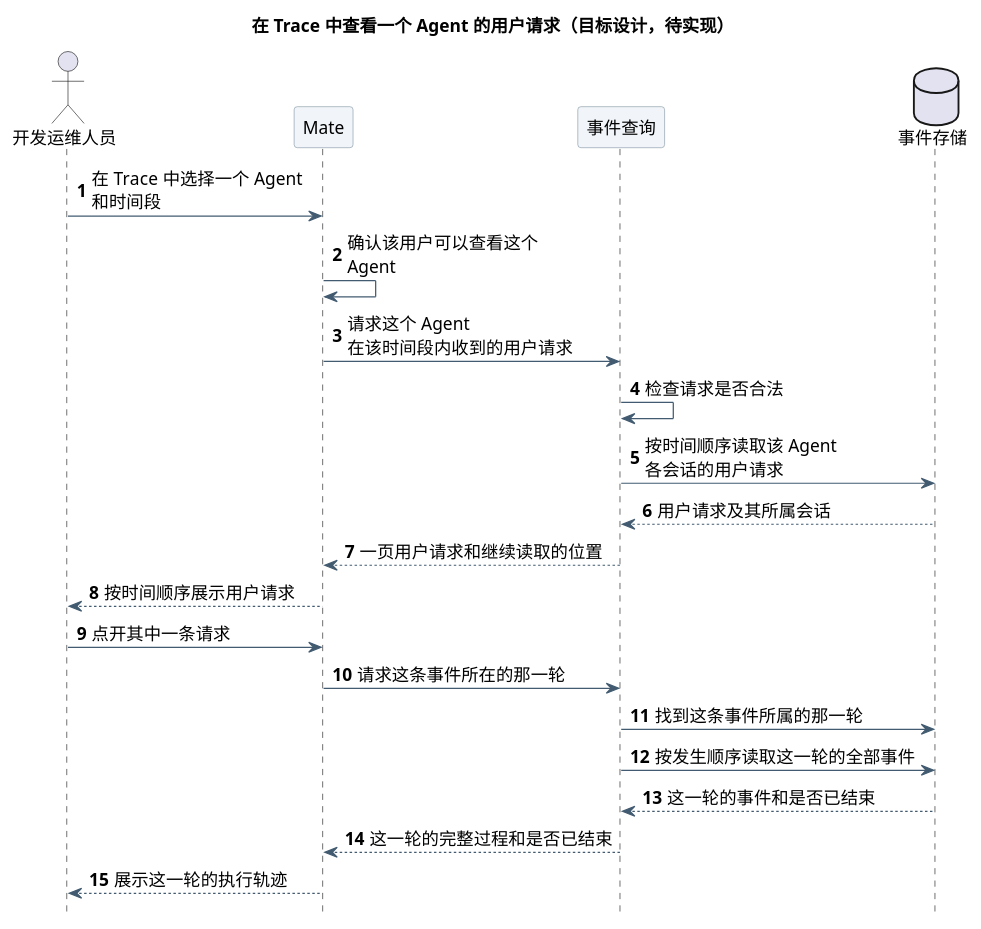
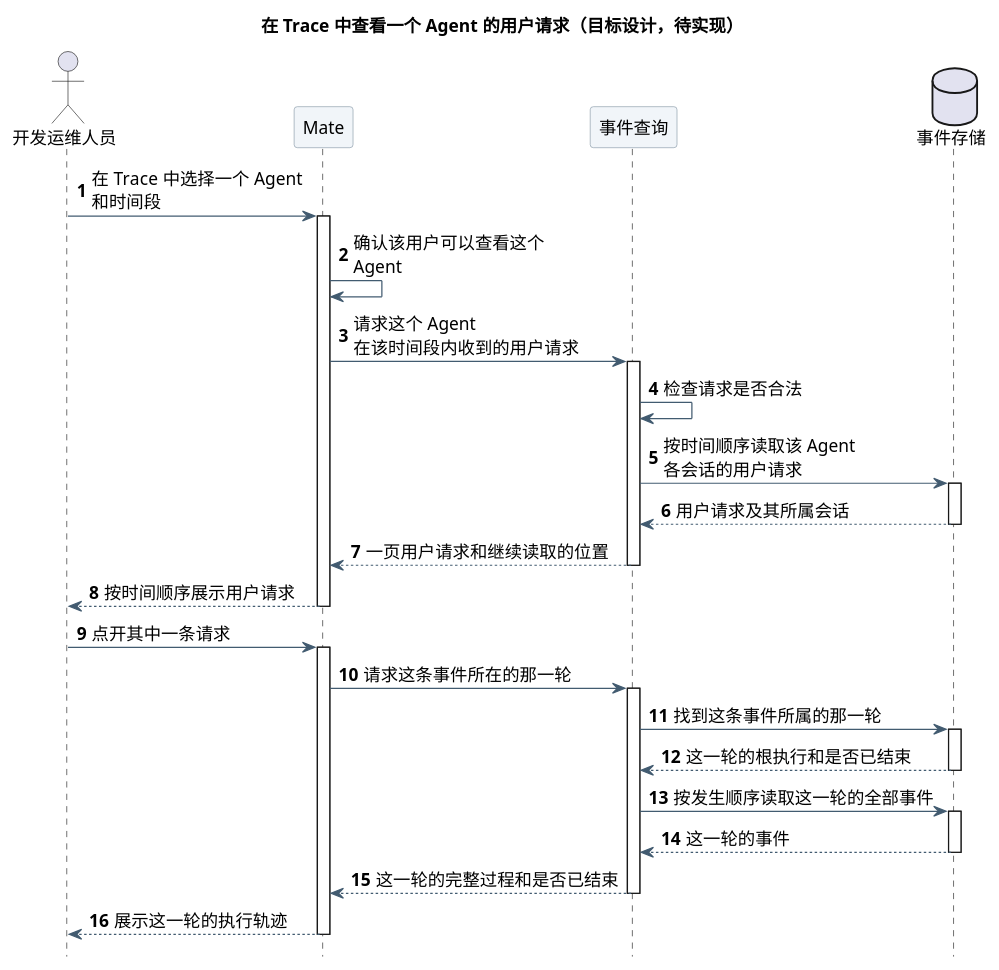
One commit to ssm0808/pi-mono-java-design changed the first of 3 diagrams in 01-总体架构/01-CampusClaw多Agent运行时/设计图/Agent用户事件查询/diagram.puml. Above: the diagram before and after it, drawn with PlantUML. The commit also changed other lines of this file and 5 other files, not shown here.

First line of the commit message:
docs(runtime): 用户事件时序图补齐激活条与返回

```diff
--- a/01-总体架构/01-CampusClaw多Agent运行时/设计图/Agent用户事件查询/diagram.puml
+++ b/01-总体架构/01-CampusClaw多Agent运行时/设计图/Agent用户事件查询/diagram.puml
@@ -1,42 +1,57 @@
 @startuml agent_user_events_overview
 ' 源码证据：pi-mono-java main 769e86592285f4a25b0febaf551eddea6bc7212c
 ' modules/coding-agent-cli/src/main/java/com/campusclaw/codingagent/runtimeapi/
 ' web/RuntimeEventController.java:list
 ' event/CommittedEventQueryService.java:list,pageOf
 ' event/CommittedEventProjection.java:project
 ' persistence/MyBatisRuntimeExecutionControlRepository.java:linkCommittedEvent
 ' 已观察行为：事件只能按单个 Session 读取；轮次以根执行和结果段关联的形式存在。
 ' 设计原因：Trace 先按 Agent 列出用户请求，再按需展开其中一轮的执行轨迹。
 ' 待实现：两个读取接口和事件表 agent_id 索引。
 skinparam backgroundColor white
 skinparam defaultFontName SansSerif
 skinparam defaultFontSize 14
 skinparam shadowing false
 skinparam ArrowColor #425B70
 skinparam sequenceParticipantBackgroundColor #F1F5F9
 skinparam sequenceParticipantBorderColor #8496A4
 skinparam sequenceMessageAlign left
 skinparam maxMessageSize 190
 hide footbox
 autonumber
 title 在 Trace 中查看一个 Agent 的用户请求（目标设计，待实现）
 actor "开发运维人员" as Operator
 participant "Mate" as Mate
 participant "事件查询" as Query
 database "事件存储" as Store
 Operator -> Mate : 在 Trace 中选择一个 Agent 和时间段
+activate Mate
 Mate -> Mate : 确认该用户可以查看这个 Agent
 Mate -> Query : 请求这个 Agent 在该时间段内收到的用户请求
+activate Query
 Query -> Query : 检查请求是否合法
 Query -> Store : 按时间顺序读取该 Agent 各会话的用户请求
+activate Store
 Store --> Query : 用户请求及其所属会话
+deactivate Store
 Query --> Mate : 一页用户请求和继续读取的位置
+deactivate Query
 Mate --> Operator : 按时间顺序展示用户请求
+deactivate Mate
 Operator -> Mate : 点开其中一条请求
+activate Mate
 Mate -> Query : 请求这条事件所在的那一轮
+activate Query
 Query -> Store : 找到这条事件所属的那一轮
+activate Store
+Store --> Query : 这一轮的根执行和是否已结束
+deactivate Store
 Query -> Store : 按发生顺序读取这一轮的全部事件
-Store --> Query : 这一轮的事件和是否已结束
+activate Store
+Store --> Query : 这一轮的事件
+deactivate Store
 Query --> Mate : 这一轮的完整过程和是否已结束
+deactivate Query
 Mate --> Operator : 展示这一轮的执行轨迹
+deactivate Mate
 @enduml
```
